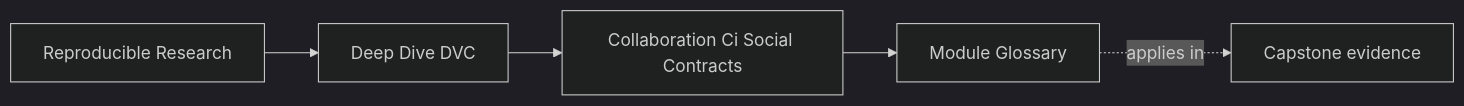
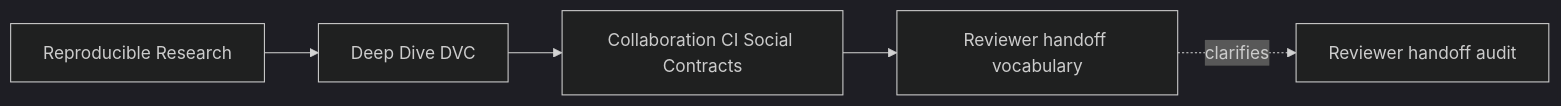
Before and after one commit to bijux/bijux-masterclass: the first of 4 diagrams in programs/reproducible-research/deep-dive-dvc/course-book/module-07-collaboration-ci-social-contracts/glossary.md, drawn with Mermaid (dark theme). The commit also changed other lines of this file, not shown here.

Commit message:
docs(dvc): distinguish reviewer handoff vocabulary

````diff
--- a/programs/reproducible-research/deep-dive-dvc/course-book/module-07-collaboration-ci-social-contracts/glossary.md
+++ b/programs/reproducible-research/deep-dive-dvc/course-book/module-07-collaboration-ci-social-contracts/glossary.md
@@ -7,11 +6,11 @@
 ```mermaid
 graph LR
   family["Reproducible Research"]
   program["Deep Dive DVC"]
-  section["Collaboration Ci Social Contracts"]
-  page["Module Glossary"]
-  capstone["Capstone evidence"]
+  section["Collaboration CI Social Contracts"]
+  page["Reviewer handoff vocabulary"]
+  capstone["Reviewer handoff audit"]
 
   family --> program --> section --> page
-  page -.applies in.-> capstone
+  page -.clarifies.-> capstone
 ```
````
